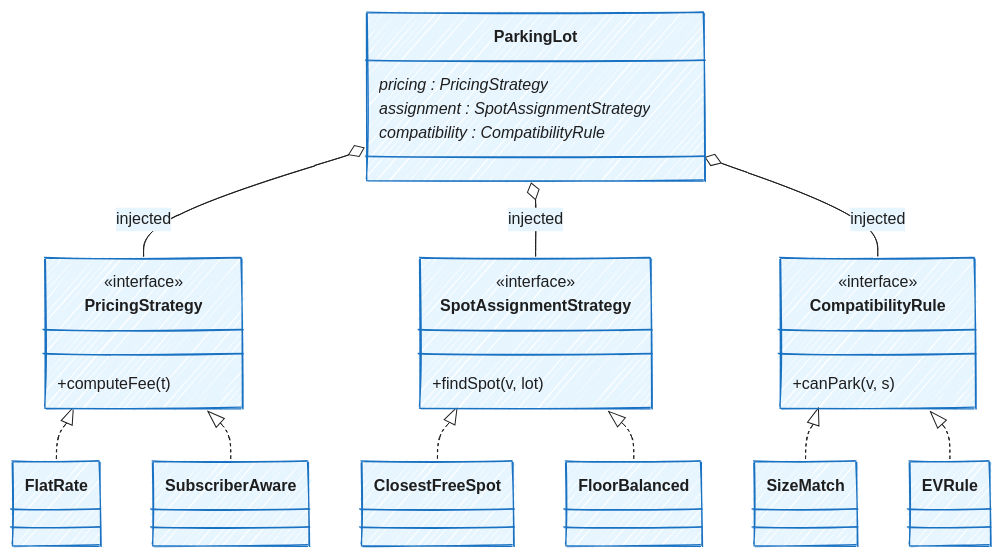
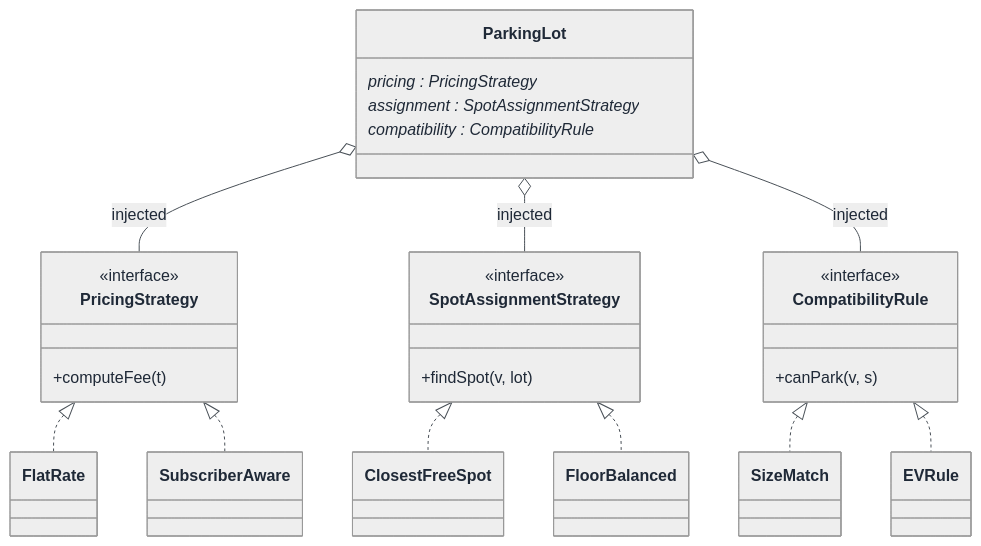
The fifth of 8 diagrams in LLD/Topics/Object_Oriented_Design/Parking_Lot.md (Prateek-5/question-bank), drawn with Mermaid before and after one commit. The commit also changed other lines of this file and 3 other files, not shown here.

Commit message:
Updated the diagram

````diff
--- a/LLD/Topics/Object_Oriented_Design/Parking_Lot.md
+++ b/LLD/Topics/Object_Oriented_Design/Parking_Lot.md
@@ -827,63 +839,66 @@
 ```mermaid
 ---
 config:
-  look: handDrawn
-  theme: base
+  theme: neutral
   themeVariables:
     background: '#ffffff'
-    primaryColor: '#e7f5ff'
-    primaryTextColor: '#1e1e1e'
-    primaryBorderColor: '#1971c2'
-    lineColor: '#1e1e1e'
-    secondaryColor: '#fff3bf'
-    secondaryTextColor: '#1e1e1e'
-    secondaryBorderColor: '#e67700'
-    tertiaryColor: '#d3f9d8'
-    tertiaryTextColor: '#1e1e1e'
-    tertiaryBorderColor: '#2f9e44'
-    noteBkgColor: '#fff9db'
-    noteTextColor: '#1e1e1e'
-    noteBorderColor: '#fab005'
-    actorBkg: '#e7f5ff'
-    actorBorder: '#1971c2'
-    actorTextColor: '#1e1e1e'
-    signalColor: '#1e1e1e'
-    signalTextColor: '#1e1e1e'
-    classText: '#1e1e1e'
-    fontFamily: 'Segoe UI, Helvetica, Arial, sans-serif'
+    primaryColor: '#cfe2ff'
+    primaryTextColor: '#1f2937'
+    primaryBorderColor: '#084298'
+    secondaryColor: '#fff3cd'
+    secondaryTextColor: '#1f2937'
+    secondaryBorderColor: '#664d03'
+    tertiaryColor: '#d1e7dd'
+    tertiaryTextColor: '#1f2937'
+    tertiaryBorderColor: '#0a3622'
+    lineColor: '#495057'
+    textColor: '#1f2937'
+    noteBkgColor: '#fff3cd'
+    noteTextColor: '#1f2937'
+    noteBorderColor: '#997404'
+    actorBkg: '#cfe2ff'
+    actorBorder: '#084298'
+    actorTextColor: '#1f2937'
+    signalColor: '#495057'
+    signalTextColor: '#1f2937'
+    labelBoxBkgColor: '#ffffff'
+    labelBoxBorderColor: '#d3d3d3'
+    labelTextColor: '#1f2937'
+    classText: '#1f2937'
+    fontFamily: 'system-ui, -apple-system, Segoe UI, Helvetica, Arial, sans-serif'
 ---
 classDiagram
   direction TB
   class ParkingLot {
     pricing : PricingStrategy*
     assignment : SpotAssignmentStrategy*
     compatibility : CompatibilityRule*
   }
   class PricingStrategy {
     <<interface>>
     +computeFee(t)
   }
   class SpotAssignmentStrategy {
     <<interface>>
     +findSpot(v, lot)
   }
   class CompatibilityRule {
     <<interface>>
     +canPark(v, s)
   }
   class FlatRate
   class SubscriberAware
   class ClosestFreeSpot
   class FloorBalanced
   class SizeMatch
   class EVRule
   ParkingLot o-- PricingStrategy : injected
   ParkingLot o-- SpotAssignmentStrategy : injected
   ParkingLot o-- CompatibilityRule : injected
   PricingStrategy <|.. FlatRate
   PricingStrategy <|.. SubscriberAware
   SpotAssignmentStrategy <|.. ClosestFreeSpot
   SpotAssignmentStrategy <|.. FloorBalanced
   CompatibilityRule <|.. SizeMatch
   CompatibilityRule <|.. EVRule
 ```
````
